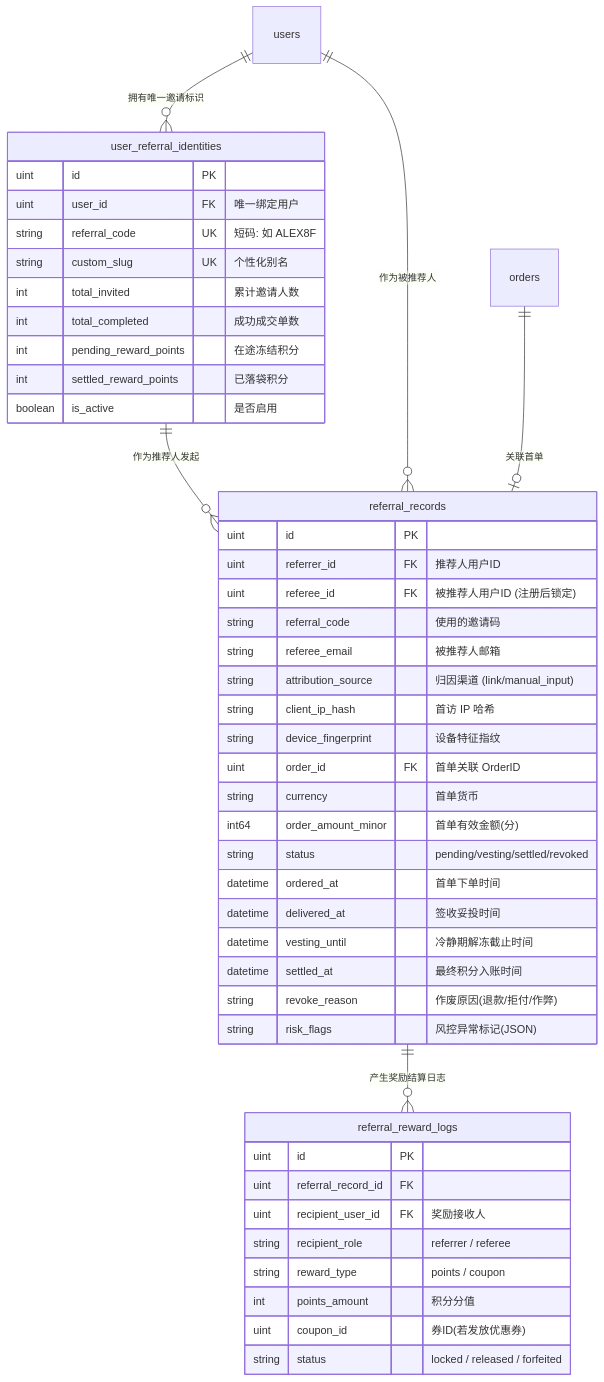
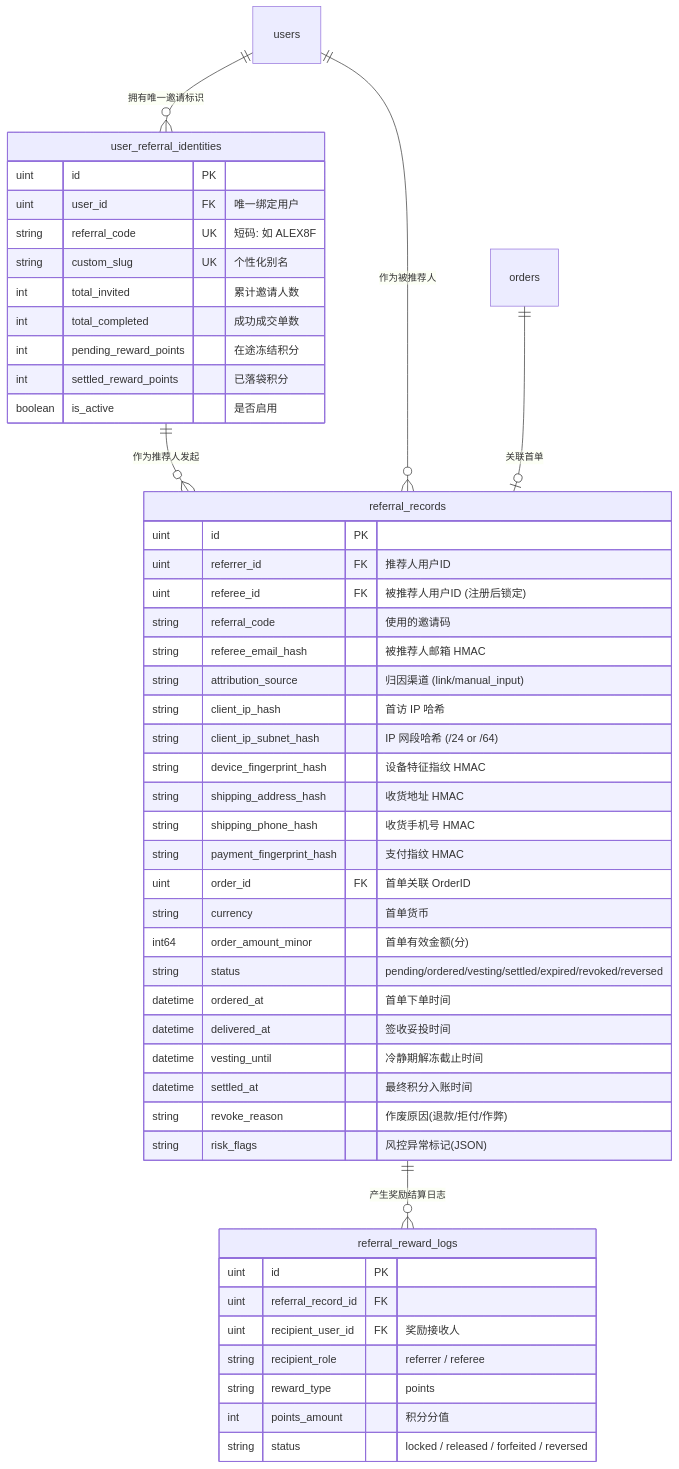
Before and after one commit to tanzanite2025/H-gripe-theme: the first of 3 diagrams in docs/design/referral-reward-system-longterm-architecture.md, drawn with Mermaid. The commit also changed other lines of this file and 1073 other files, not shown here.

````diff
--- a/docs/design/referral-reward-system-longterm-architecture.md
+++ b/docs/design/referral-reward-system-longterm-architecture.md
@@ -101,52 +102,55 @@
 ```mermaid
 erDiagram
     users ||--o{ user_referral_identities : "拥有唯一邀请标识"
     user_referral_identities ||--o{ referral_records : "作为推荐人发起"
     users ||--o{ referral_records : "作为被推荐人"
     orders ||--o| referral_records : "关联首单"
     referral_records ||--o{ referral_reward_logs : "产生奖励结算日志"
 
     user_referral_identities {
         uint id PK
         uint user_id FK "唯一绑定用户"
         string referral_code UK "短码: 如 ALEX8F"
         string custom_slug UK "个性化别名"
         int total_invited "累计邀请人数"
         int total_completed "成功成交单数"
         int pending_reward_points "在途冻结积分"
         int settled_reward_points "已落袋积分"
         boolean is_active "是否启用"
     }
 
     referral_records {
         uint id PK
         uint referrer_id FK "推荐人用户ID"
         uint referee_id FK "被推荐人用户ID (注册后锁定)"
         string referral_code "使用的邀请码"
-        string referee_email "被推荐人邮箱"
+        string referee_email_hash "被推荐人邮箱 HMAC"
         string attribution_source "归因渠道 (link/manual_input)"
         string client_ip_hash "首访 IP 哈希"
-        string device_fingerprint "设备特征指纹"
+        string client_ip_subnet_hash "IP 网段哈希 (/24 or /64)"
+        string device_fingerprint_hash "设备特征指纹 HMAC"
+        string shipping_address_hash "收货地址 HMAC"
+        string shipping_phone_hash "收货手机号 HMAC"
+        string payment_fingerprint_hash "支付指纹 HMAC"
         uint order_id FK "首单关联 OrderID"
         string currency "首单货币"
         int64 order_amount_minor "首单有效金额(分)"
-        string status "pending/vesting/settled/revoked"
+        string status "pending/ordered/vesting/settled/expired/revoked/reversed"
         datetime ordered_at "首单下单时间"
         datetime delivered_at "签收妥投时间"
         datetime vesting_until "冷静期解冻截止时间"
         datetime settled_at "最终积分入账时间"
         string revoke_reason "作废原因(退款/拒付/作弊)"
         string risk_flags "风控异常标记(JSON)"
     }
 
     referral_reward_logs {
         uint id PK
         uint referral_record_id FK
         uint recipient_user_id FK "奖励接收人"
         string recipient_role "referrer / referee"
-        string reward_type "points / coupon"
+        string reward_type "points"
         int points_amount "积分分值"
-        uint coupon_id "券ID(若发放优惠券)"
-        string status "locked / released / forfeited"
+        string status "locked / released / forfeited / reversed"
     }
 ```
````
